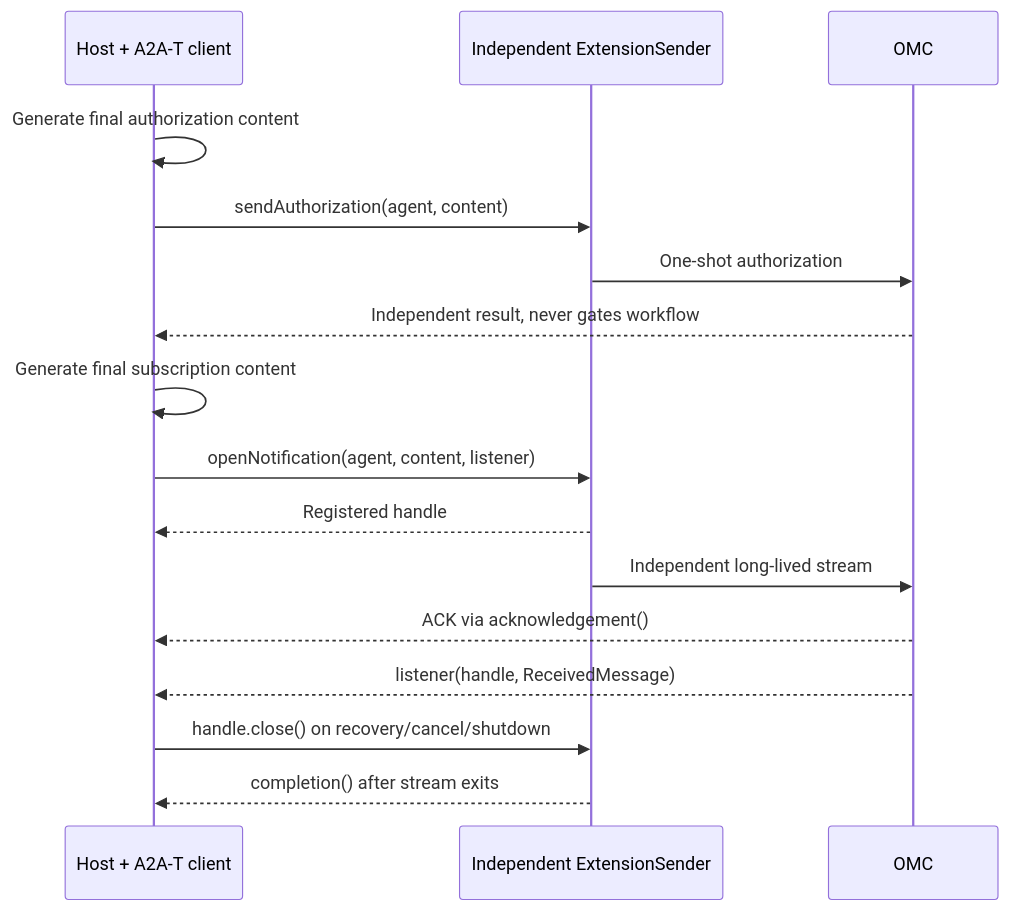
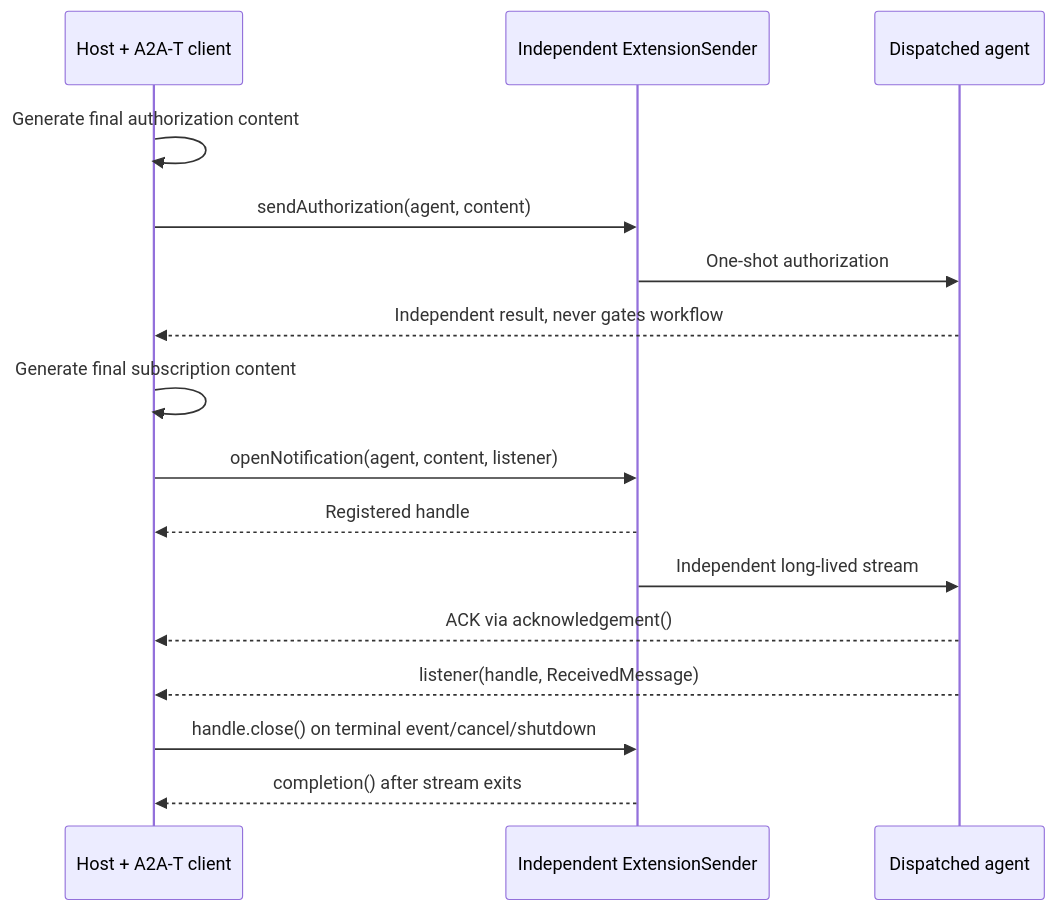
Before and after one commit to Zhoujie628/workflow-engine-sdk-java: the fourth of 4 diagrams in docs/en/DESIGN.md, drawn with Mermaid. The commit also changed other lines of this file and 17 other files, not shown here.

````diff
--- a/docs/en/DESIGN.md
+++ b/docs/en/DESIGN.md
@@ -266,18 +263,18 @@
 ```mermaid
 sequenceDiagram
     participant H as Host + A2A-T client
     participant ES as Independent ExtensionSender
-    participant A as OMC
+    participant A as Dispatched agent
     H->>H: Generate final authorization content
     H->>ES: sendAuthorization(agent, content)
     ES->>A: One-shot authorization
     A-->>H: Independent result, never gates workflow
     H->>H: Generate final subscription content
     H->>ES: openNotification(agent, content, listener)
     ES-->>H: Registered handle
     ES->>A: Independent long-lived stream
     A-->>H: ACK via acknowledgement()
     A-->>H: listener(handle, ReceivedMessage)
-    H->>ES: handle.close() on recovery/cancel/shutdown
+    H->>ES: handle.close() on terminal event/cancel/shutdown
     ES-->>H: completion() after stream exits
 ```
````
